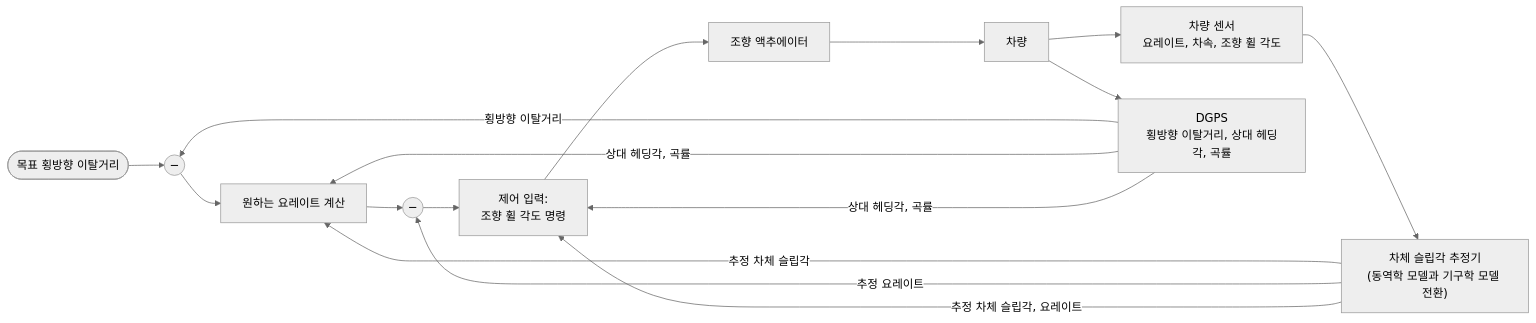
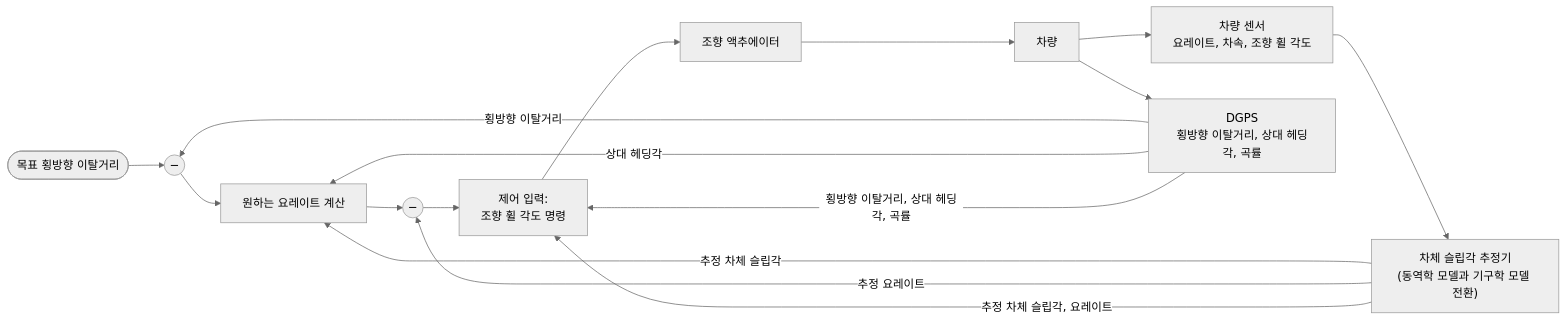
One commit to Choroning/25Spring_Autonomous-Mobile-Robot changed the second of 2 diagrams in Lecture-Notes/Week11_Lateral-Control-of-Autonomous-Vehicles-I/Concepts_Lecture.ko.md. Above: the diagram before and after it, drawn with Mermaid (neutral theme). The commit also changed other lines of this file and 37 other files, not shown here.

````diff
--- a/Lecture-Notes/Week11_Lateral-Control-of-Autonomous-Vehicles-I/Concepts_Lecture.ko.md
+++ b/Lecture-Notes/Week11_Lateral-Control-of-Autonomous-Vehicles-I/Concepts_Lecture.ko.md
@@ -197,18 +198,18 @@
 ```mermaid
 flowchart LR
     REF(["목표 횡방향 이탈거리"]) --> E1(("−"))
     E1 --> DY["원하는 요레이트 계산"]
     DY --> E2(("−"))
     E2 --> CI["제어 입력:<br>조향 휠 각도 명령"]
     CI --> ACT["조향 액추에이터"]
     ACT --> VEH["차량"]
     VEH --> IVS["차량 센서<br>요레이트, 차속, 조향 휠 각도"]
     VEH --> GPS["DGPS<br>횡방향 이탈거리, 상대 헤딩각, 곡률"]
     IVS --> SE["차체 슬립각 추정기<br>(동역학 모델과 기구학 모델 전환)"]
     GPS -->|"횡방향 이탈거리"| E1
-    GPS -->|"상대 헤딩각, 곡률"| DY
-    GPS -->|"상대 헤딩각, 곡률"| CI
+    GPS -->|"상대 헤딩각"| DY
+    GPS -->|"횡방향 이탈거리, 상대 헤딩각, 곡률"| CI
     SE -->|"추정 차체 슬립각"| DY
     SE -->|"추정 요레이트"| E2
     SE -->|"추정 차체 슬립각, 요레이트"| CI
 ```
````
